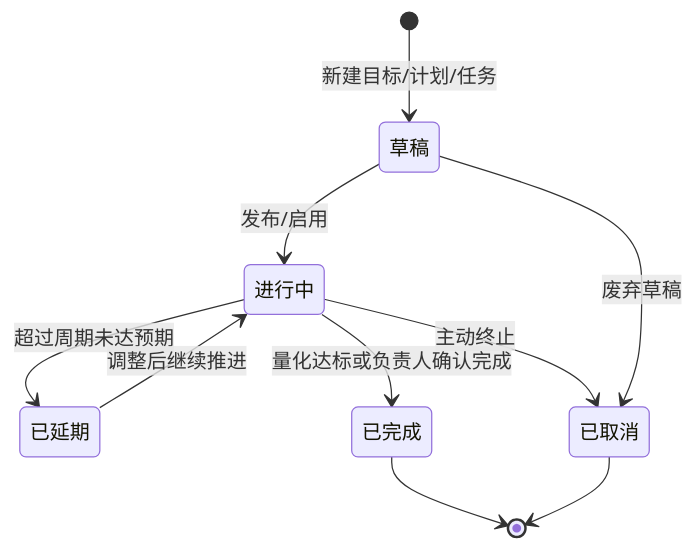
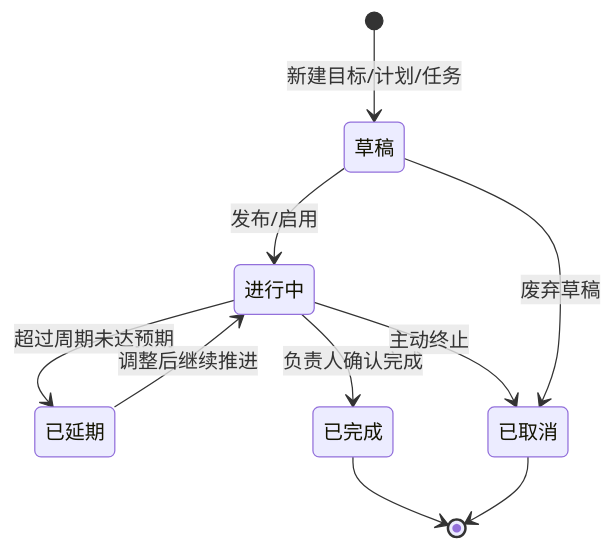
Before and after one commit to liaoliao66/BMS: the fifth of 8 diagrams in docs/versions/v1.0.0/prd.md, drawn with Mermaid. The commit also changed other lines of this file and 100 other files, not shown here.

````diff
--- a/docs/versions/v1.0.0/prd.md
+++ b/docs/versions/v1.0.0/prd.md
@@ -216,12 +218,12 @@
 ```mermaid
 stateDiagram-v2
   [*] --> 草稿: 新建目标/计划/任务
   草稿 --> 进行中: 发布/启用
   进行中 --> 已延期: 超过周期未达预期
-  进行中 --> 已完成: 量化达标或负责人确认完成
+  进行中 --> 已完成: 负责人确认完成
   已延期 --> 进行中: 调整后继续推进
   进行中 --> 已取消: 主动终止
   草稿 --> 已取消: 废弃草稿
   已完成 --> [*]
   已取消 --> [*]
 ```
````
